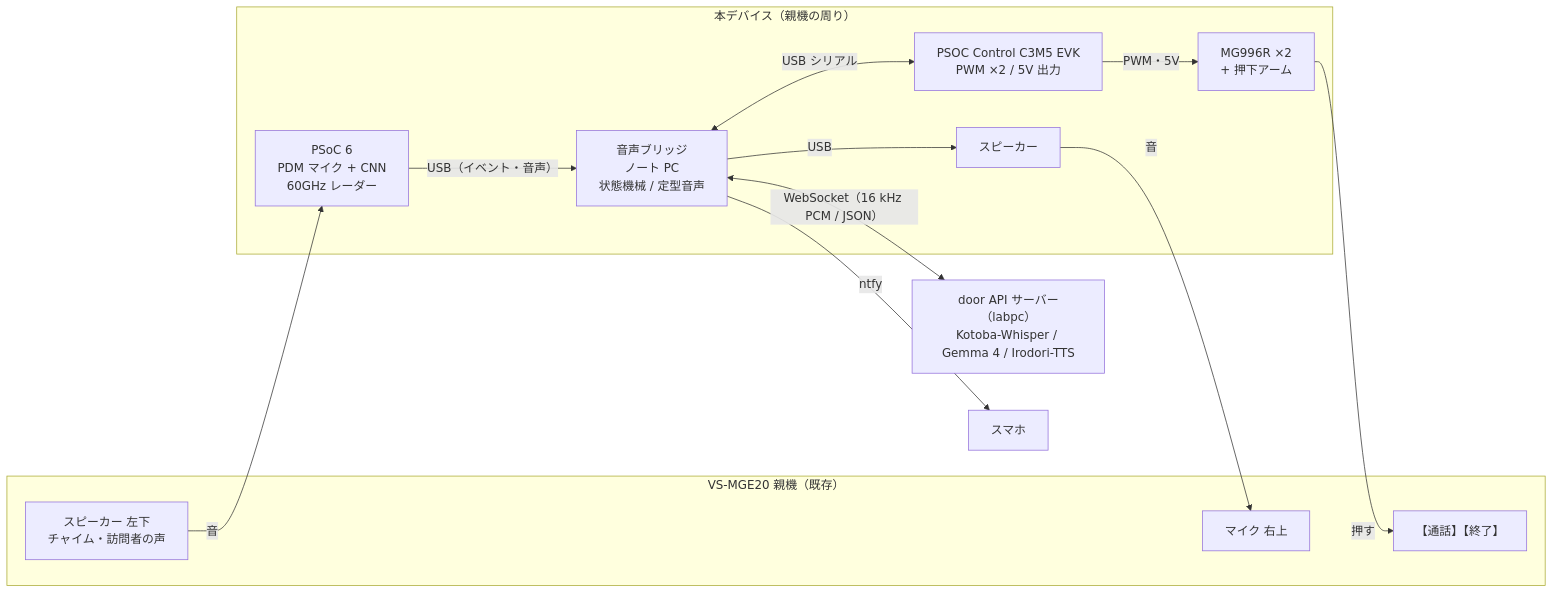
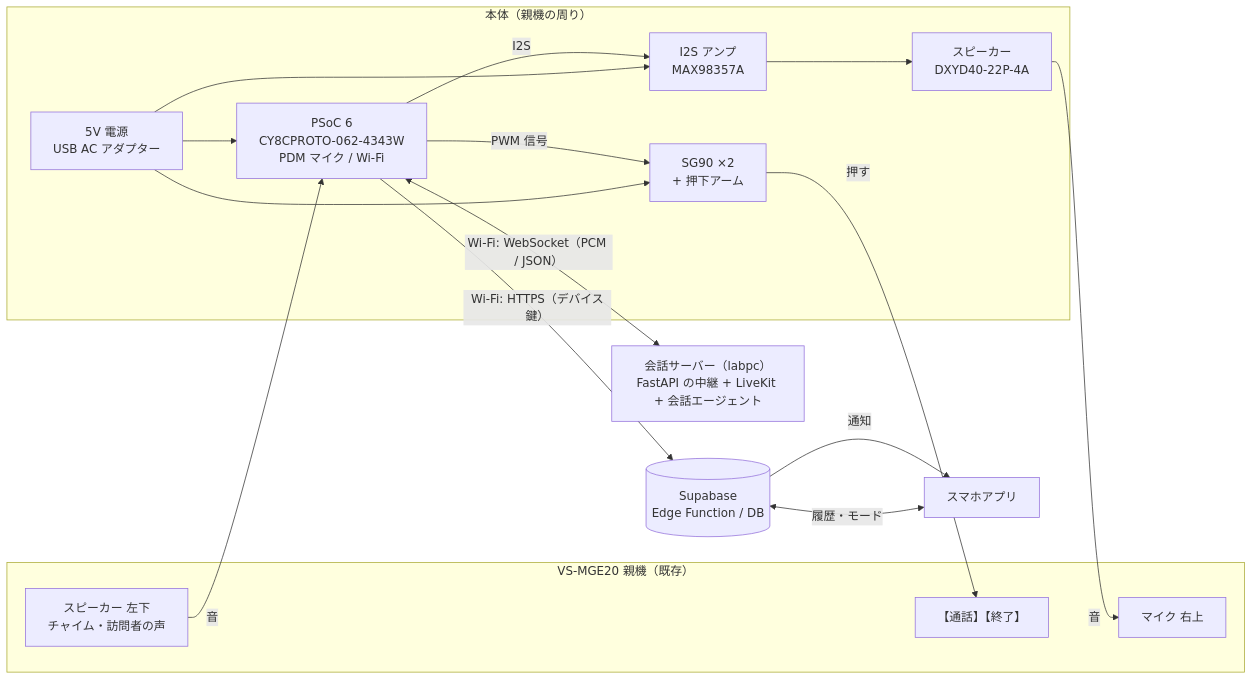
One commit to jphacks/tka_2601 changed the first of 2 diagrams in docs/spec.md. Above: the diagram before and after it, drawn with Mermaid. The commit also changed other lines of this file and 2 other files, not shown here.

First line of the commit message:
Rewrite spec for the PC-less PSoC 6 design (v0.7)

````diff
--- a/docs/spec.md
+++ b/docs/spec.md
@@ -181,27 +169,31 @@
 ```mermaid
 flowchart LR
   subgraph Intercom[VS-MGE20 親機（既存）]
     SPK_I[スピーカー 左下<br/>チャイム・訪問者の声]
     MIC_I[マイク 右上]
     BTN[【通話】【終了】]
   end
 
-  subgraph Device[本デバイス（親機の周り）]
-    P6[PSoC 6<br/>PDM マイク + CNN<br/>60GHz レーダー]
-    C3[PSOC Control C3M5 EVK<br/>PWM ×2 / 5V 出力]
-    SV[MG996R ×2<br/>+ 押下アーム]
-    SPK[スピーカー]
-    BR[音声ブリッジ<br/>ノート PC<br/>状態機械 / 定型音声]
+  subgraph Device[本体（親機の周り）]
+    P6[PSoC 6<br/>CY8CPROTO-062-4343W<br/>PDM マイク / Wi-Fi]
+    AMP[I2S アンプ<br/>MAX98357A]
+    SPK[スピーカー<br/>DXYD40-22P-4A]
+    SV[SG90 ×2<br/>+ 押下アーム]
+    PWR[5V 電源<br/>USB AC アダプター]
   end
 
-  SRV[door API サーバー（labpc）<br/>Kotoba-Whisper / Gemma 4 / Irodori-TTS]
-  PHONE[スマホ]
+  SRV[会話サーバー（labpc）<br/>FastAPI の中継 + LiveKit + 会話エージェント]
+  SB[(Supabase<br/>Edge Function / DB)]
+  APP[スマホアプリ]
 
   SPK_I -- 音 --> P6
-  P6 -- USB（イベント・音声） --> BR
-  BR <-- USB シリアル --> C3
-  C3 -- PWM・5V --> SV -- 押す --> BTN
-  BR -- USB --> SPK -- 音 --> MIC_I
-  BR <-- WebSocket（16 kHz PCM / JSON） --> SRV
-  BR -- ntfy --> PHONE
+  P6 -- I2S --> AMP --> SPK -- 音 --> MIC_I
+  P6 -- PWM 信号 --> SV -- 押す --> BTN
+  PWR --> P6
+  PWR --> SV
+  PWR --> AMP
+  P6 <-- "Wi-Fi: WebSocket（PCM / JSON）" --> SRV
+  P6 -- "Wi-Fi: HTTPS（デバイス鍵）" --> SB
+  SB -- 通知 --> APP
+  APP <-- 履歴・モード --> SB
 ```
````
